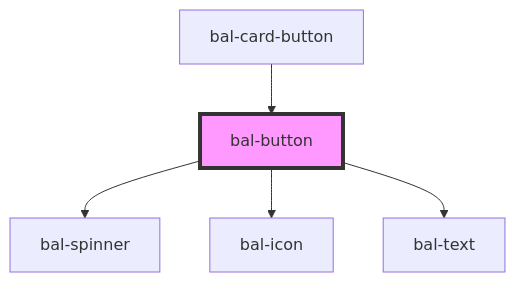
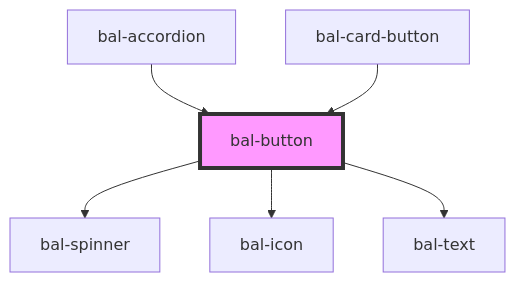
One commit to baloise/ui-library-next changed the diagram in packages/library/src/components/bal-button/readme.md. Above: the diagram before and after it, drawn with Mermaid. The commit also changed other lines of this file and 11 other files, not shown here.

````diff
--- a/packages/library/src/components/bal-button/readme.md
+++ b/packages/library/src/components/bal-button/readme.md
@@ -43,8 +44,9 @@
 ```mermaid
 graph TD;
   bal-button --> bal-spinner
   bal-button --> bal-icon
   bal-button --> bal-text
+  bal-accordion --> bal-button
   bal-card-button --> bal-button
   style bal-button fill:#f9f,stroke:#333,stroke-width:4px
 ```
````
